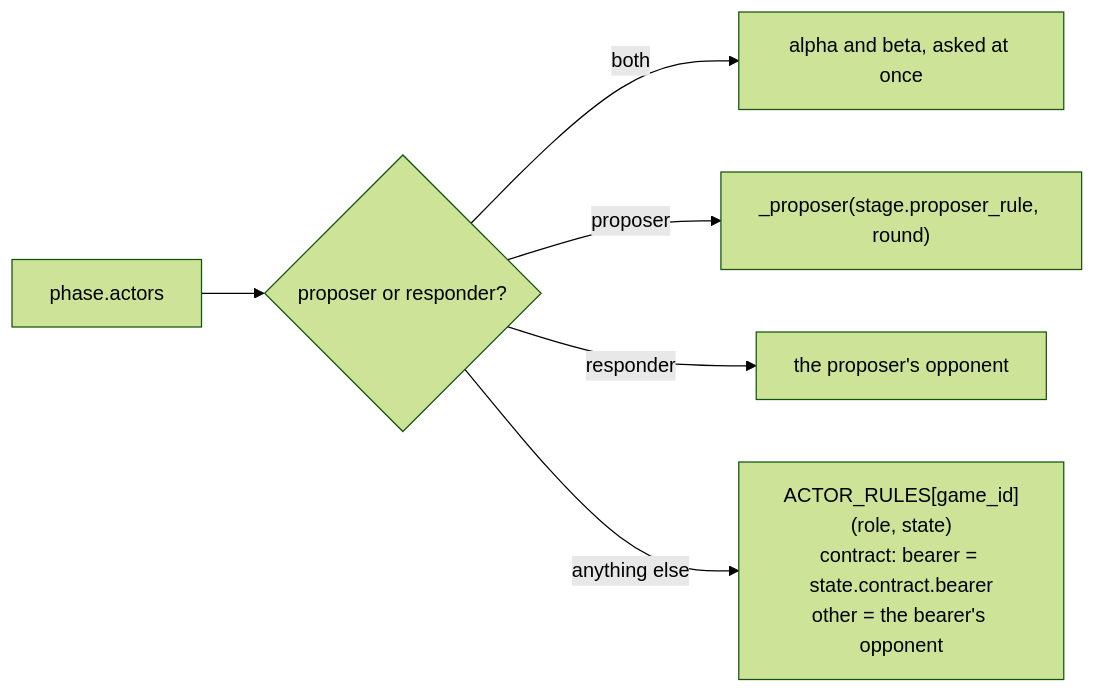
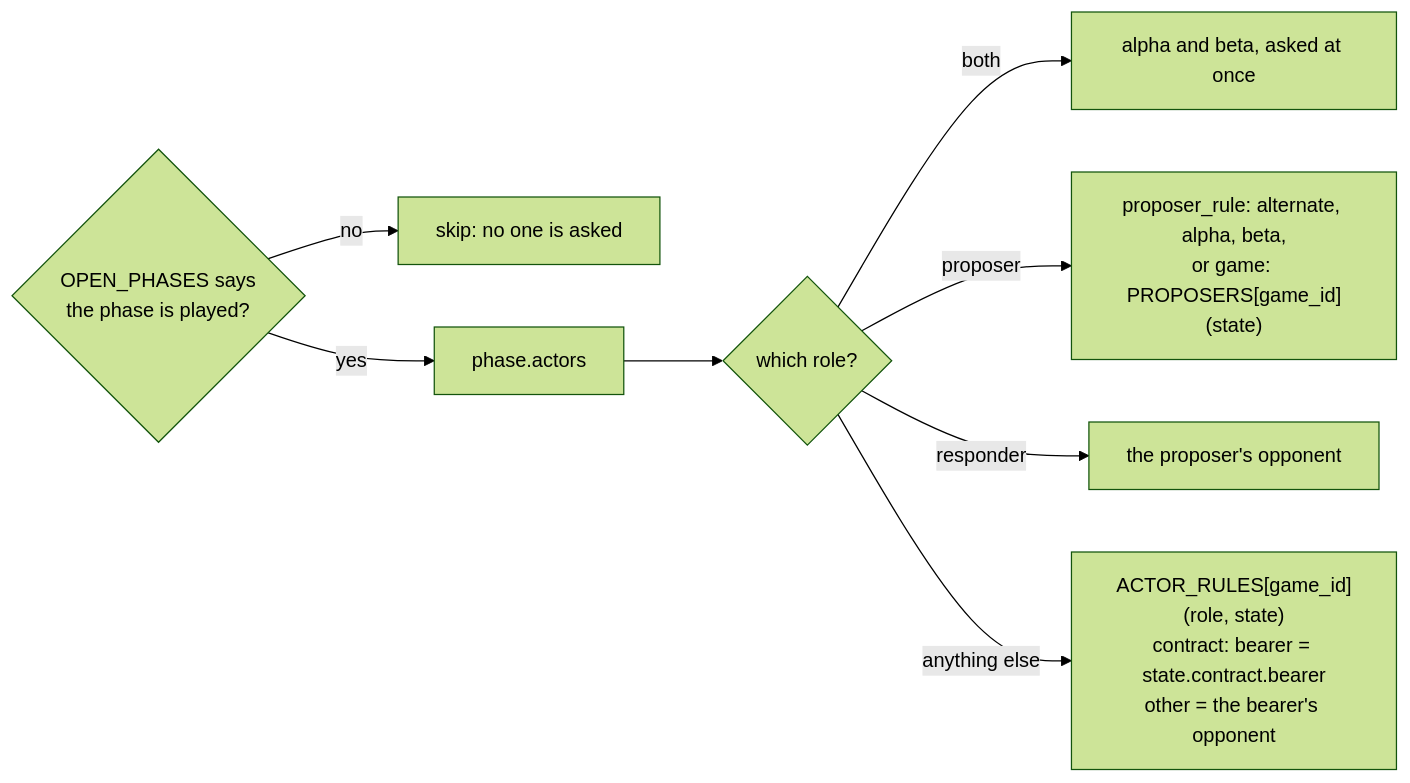
The sixth of 15 diagrams in docs/architecture.md (CarlosGIbanez/SPAR-Harness-Strategic-Interaction-Agents), drawn with Mermaid (forest theme) before and after one commit. The commit also changed other lines of this file and 1 other file, not shown here.

Commit message:
Update README and architecture.md to reflect new unification

````diff
--- a/docs/architecture.md
+++ b/docs/architecture.md
@@ -312,8 +335,10 @@
 ```mermaid
 flowchart LR
-    phase["phase.actors"] --> pr{"proposer or responder?"}
+    open{"OPEN_PHASES says<br/>the phase is played?"} -- "no" --> skip["skip: no one is asked"]
+    open -- "yes" --> phase["phase.actors"]
+    phase --> pr{"which role?"}
     pr -- "both" --> p0["alpha and beta, asked at once"]
-    pr -- "proposer" --> p1["_proposer(stage.proposer_rule, round)"]
+    pr -- "proposer" --> p1["proposer_rule: alternate, alpha, beta,<br/>or game: PROPOSERS[game_id](state)"]
     pr -- "responder" --> p2["the proposer's opponent"]
     pr -- "anything else" --> p3["ACTOR_RULES[game_id](role, state)<br/>contract: bearer = state.contract.bearer<br/>other = the bearer's opponent"]
 ```
````
